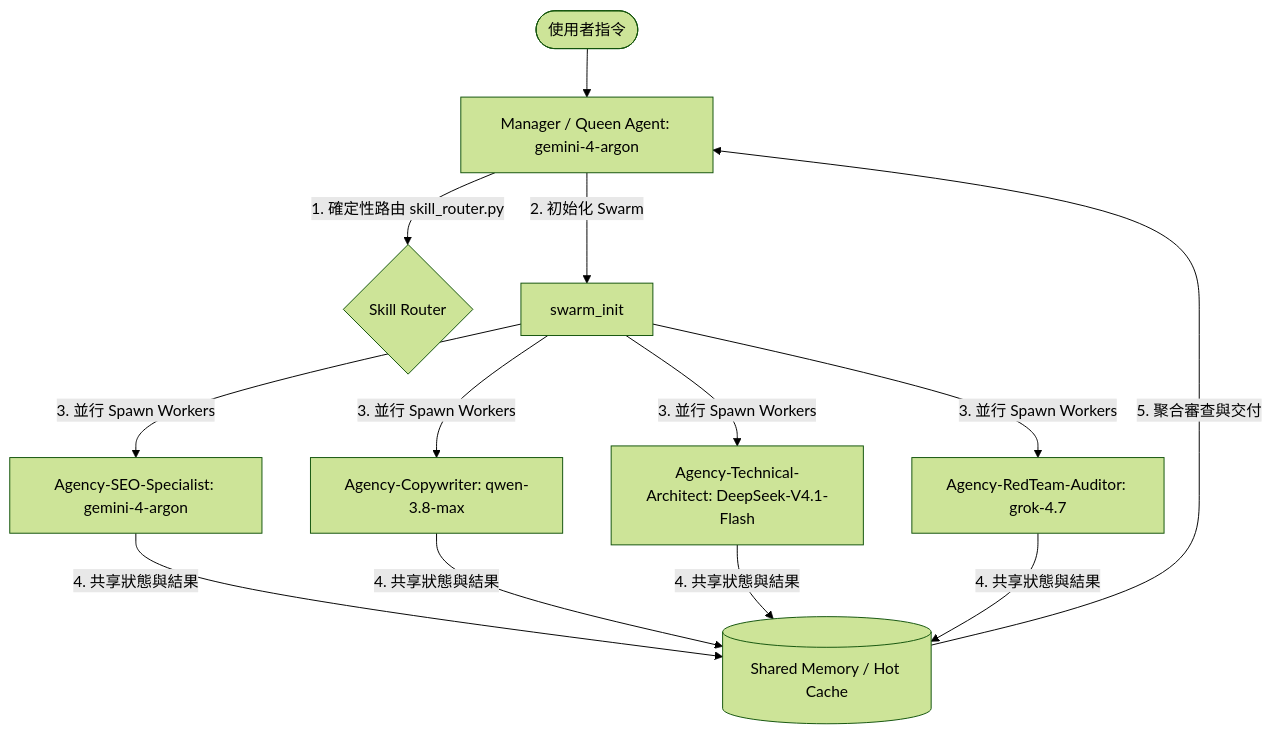
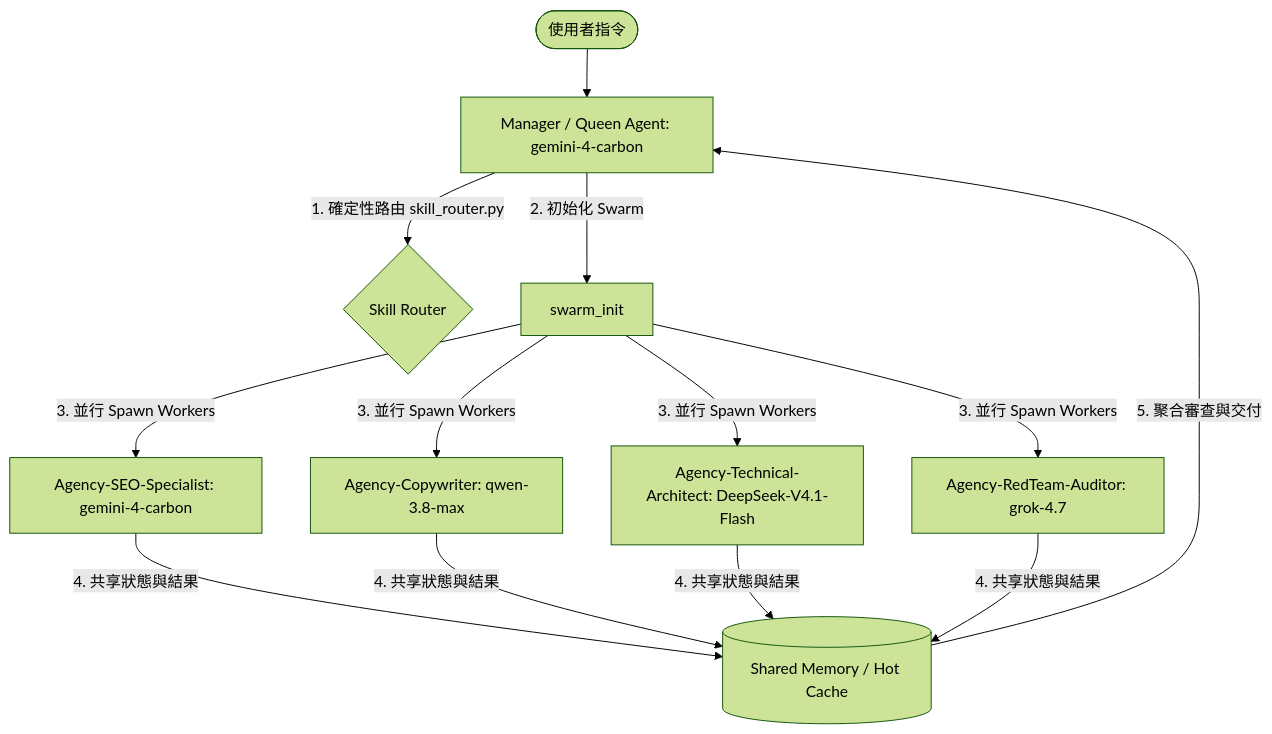
Before and after one commit to yangjiaxing3/dotfiles-gemini: the diagram in antigravity/global_workflows/skillorchestrator.md, drawn with Mermaid (forest theme). The commit also changed other lines of this file and 793 other files, not shown here.

````diff
--- a/antigravity/global_workflows/skillorchestrator.md
+++ b/antigravity/global_workflows/skillorchestrator.md
@@ -36,14 +36,14 @@
 ```mermaid
 graph TD
-    User([使用者指令]) --> Manager[Manager / Queen Agent: gemini-4-argon]
+    User([使用者指令]) --> Manager[Manager / Queen Agent: gemini-4-carbon]
     Manager -->|1. 確定性路由 skill_router.py| Router{Skill Router}
     Manager -->|2. 初始化 Swarm| SwarmInit[swarm_init]
     
-    SwarmInit -->|3. 並行 Spawn Workers| Worker1[Agency-SEO-Specialist: gemini-4-argon]
+    SwarmInit -->|3. 並行 Spawn Workers| Worker1[Agency-SEO-Specialist: gemini-4-carbon]
     SwarmInit -->|3. 並行 Spawn Workers| Worker2[Agency-Copywriter: qwen-3.8-max]
     SwarmInit -->|3. 並行 Spawn Workers| Worker3[Agency-Technical-Architect: DeepSeek-V4.1-Flash]
     SwarmInit -->|3. 並行 Spawn Workers| Worker4[Agency-RedTeam-Auditor: grok-4.7]
     
     Worker1 & Worker2 & Worker3 & Worker4 -->|4. 共享狀態與結果| SharedMemory[(Shared Memory / Hot Cache)]
     SharedMemory -->|5. 聚合審查與交付| Manager
 ```
````
